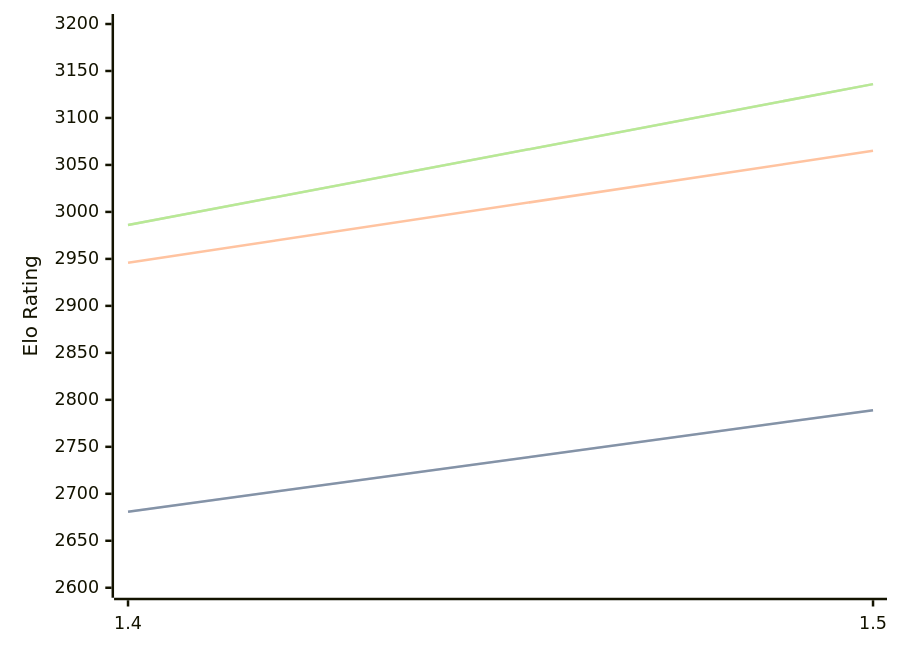
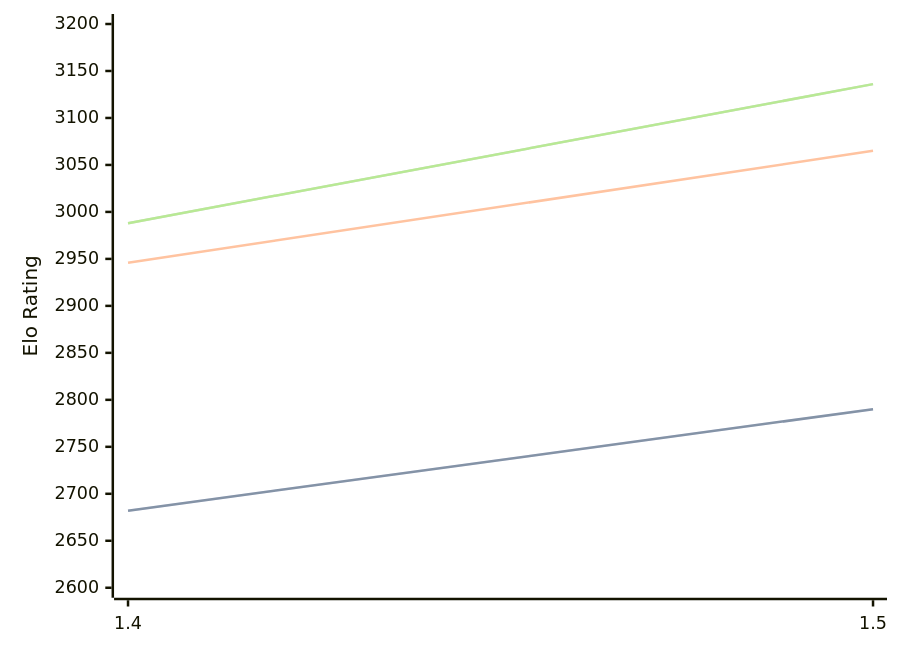
Before and after one commit to computer-chess-index/cci: the diagram in engines/Yakka.md, drawn with Mermaid. The commit also changed other lines of this file, not shown here.

Commit message:
Update CCI Ratings (ELO VLTC) - 2026-04-02

````diff
--- a/engines/Yakka.md
+++ b/engines/Yakka.md
@@ -36,11 +36,11 @@
 ```mermaid
 %%{init: {"theme":"base","themeVariables":{"seriesColors:['#a3a3a3','#222221','#faa371']}}}%%
 xychart-beta
   x-axis ["1.4", "1.5"]
   y-axis "Elo Rating" 2600 --> 3200
-  line "STC (8.0+0.08s)" [2681, 2789]
-  line "STC (8.0+0.08s)" [2681, 2789]
+  line "STC (8.0+0.08s)" [2682, 2790]
+  line "STC (8.0+0.08s)" [2682, 2790]
   line "LTC (60.0+0.60s)" [2946, 3065]
-  line "VLTC (2m24s+1.12s)" [2986, 3136]
-  line "VLTC (2m24s+1.12s)" [2986, 3136]
+  line "VLTC (2m24s+1.12s)" [2988, 3136]
+  line "VLTC (2m24s+1.12s)" [2988, 3136]
 ```
````
